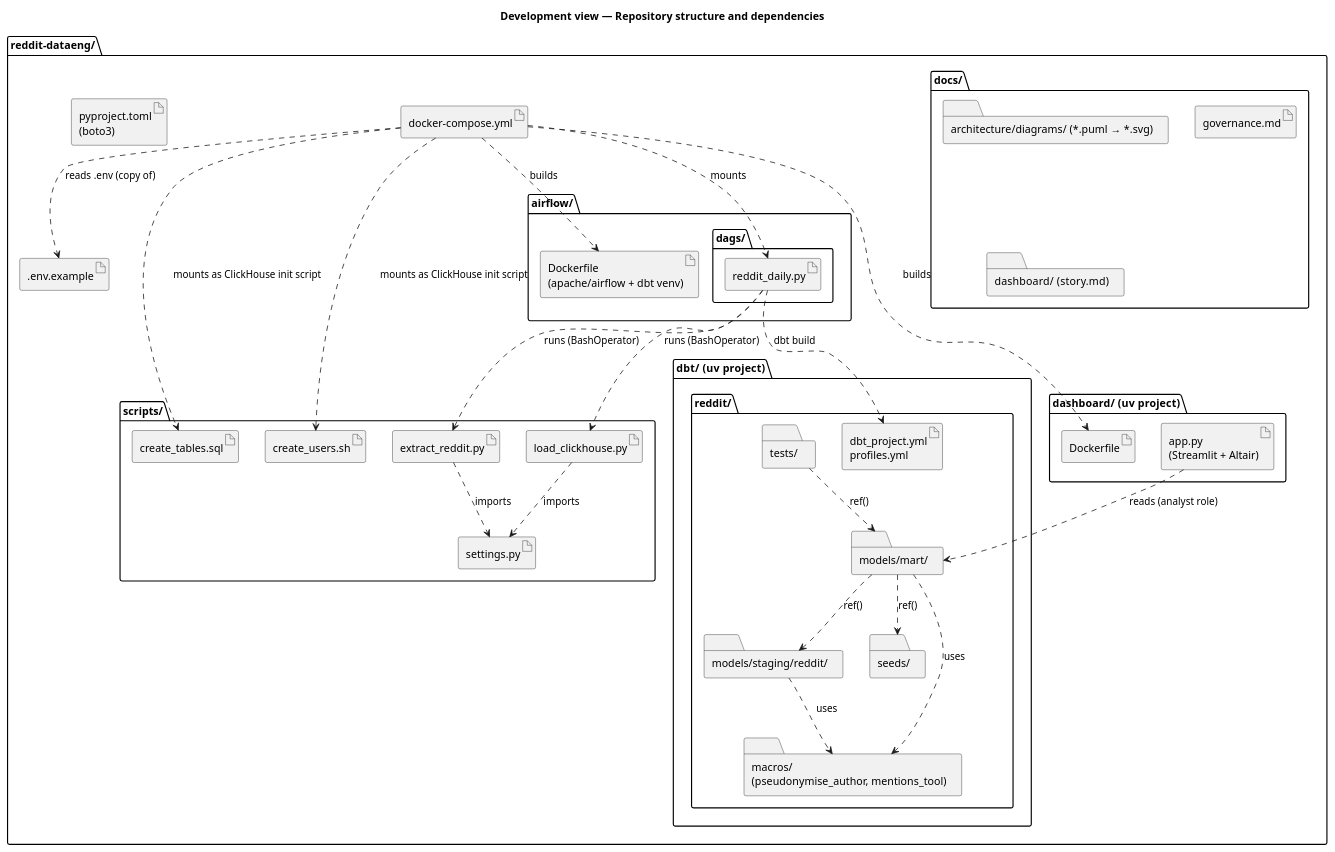
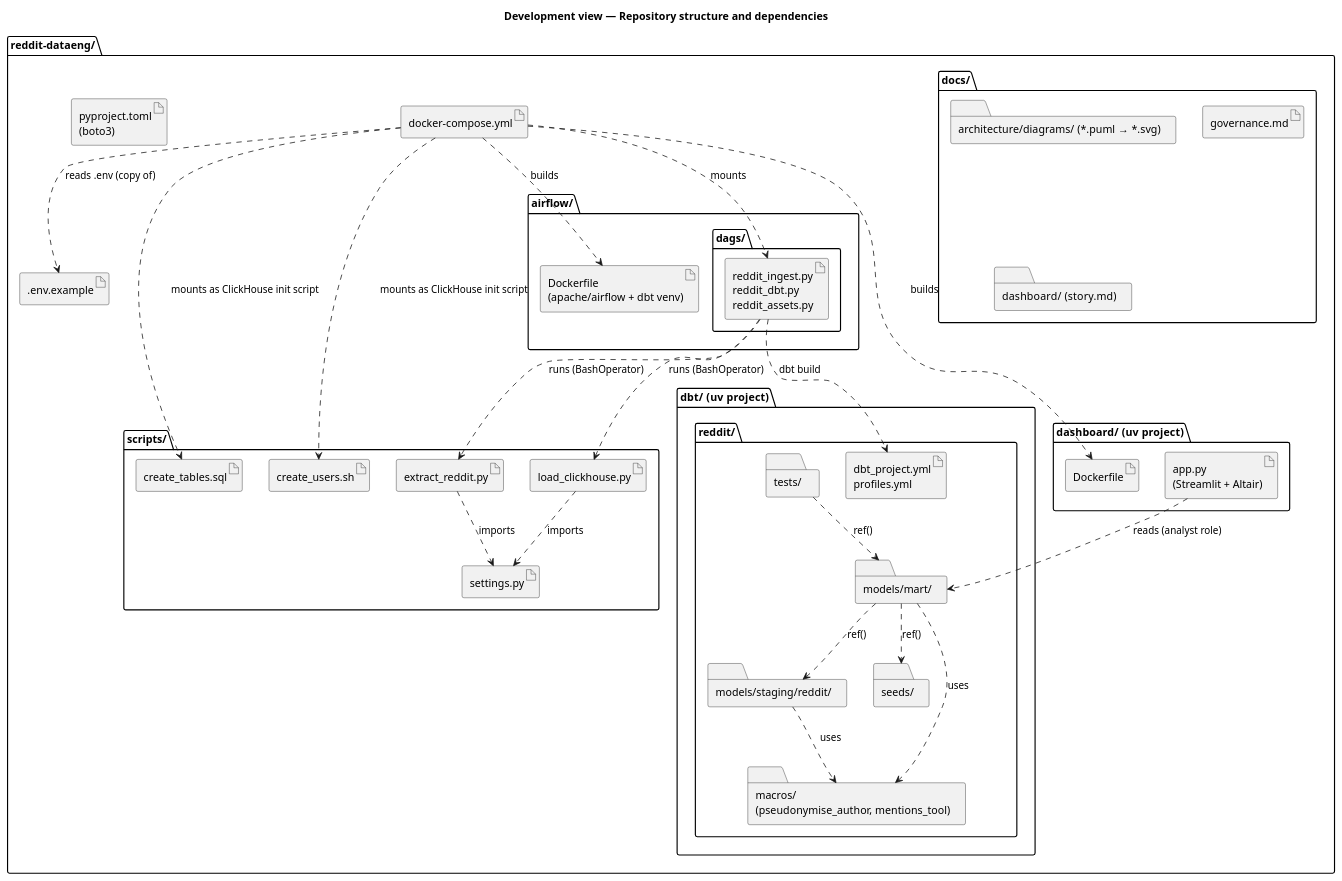
Before and after one commit to modsomjeed/reddit-dataeng: the diagram in docs/architecture/diagrams/development-packages.puml, drawn with PlantUML. The commit also changed 6 other files, not shown here.

```diff
--- a/docs/architecture/diagrams/development-packages.puml
+++ b/docs/architecture/diagrams/development-packages.puml
@@ -1,61 +1,61 @@
 @startuml development-packages
 title Development view — Repository structure and dependencies
 skinparam shadowing false
 skinparam packageStyle folder
 
 package "reddit-dataeng/" {
   package "scripts/" as scripts {
     artifact "extract_reddit.py" as ex
     artifact "load_clickhouse.py" as ld
     artifact "settings.py" as st
     artifact "create_tables.sql" as ddl
     artifact "create_users.sh" as users
   }
   package "airflow/" as af {
     artifact "Dockerfile\n(apache/airflow + dbt venv)" as afd
     package "dags/" {
-      artifact "reddit_daily.py" as dag
+      artifact "reddit_ingest.py\nreddit_dbt.py\nreddit_assets.py" as dag
     }
   }
   package "dbt/  (uv project)" as dbtproj {
     package "reddit/" {
       artifact "dbt_project.yml\nprofiles.yml" as dbtcfg
       folder "models/staging/reddit/" as stg
       folder "models/mart/" as mart
       folder "seeds/" as seeds
       folder "macros/\n(pseudonymise_author, mentions_tool)" as macros
       folder "tests/" as tests
     }
   }
   package "dashboard/  (uv project)" as dashpkg {
     artifact "app.py\n(Streamlit + Altair)" as app
     artifact "Dockerfile" as dashd
   }
   package "docs/" as docs {
     folder "architecture/diagrams/  (*.puml → *.svg)" as diag
     artifact "governance.md" as gov
     folder "dashboard/  (story.md)" as story
   }
   artifact "docker-compose.yml" as compose
   artifact "pyproject.toml\n(boto3)" as pyproj
   artifact ".env.example" as envex
 }
 
 ex ..> st : imports
 ld ..> st : imports
 dag ..> ex : "runs (BashOperator)"
 dag ..> ld : "runs (BashOperator)"
 dag ..> dbtcfg : "dbt build"
 mart ..> stg : "ref()"
 mart ..> seeds : "ref()"
 mart ..> macros : uses
 stg ..> macros : uses
 tests ..> mart : "ref()"
 compose ..> afd : builds
 compose ..> ddl : "mounts as ClickHouse init script"
 compose ..> users : "mounts as ClickHouse init script"
 compose ..> dashd : builds
 app ..> mart : "reads (analyst role)"
 compose ..> dag : mounts
 compose ..> envex : "reads .env (copy of)"
 @enduml
```
